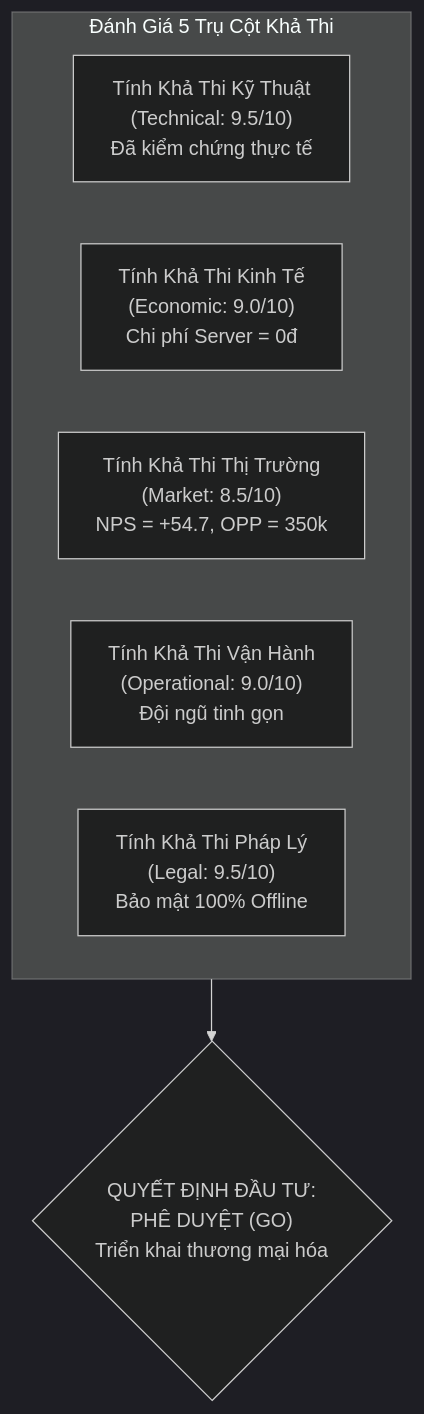
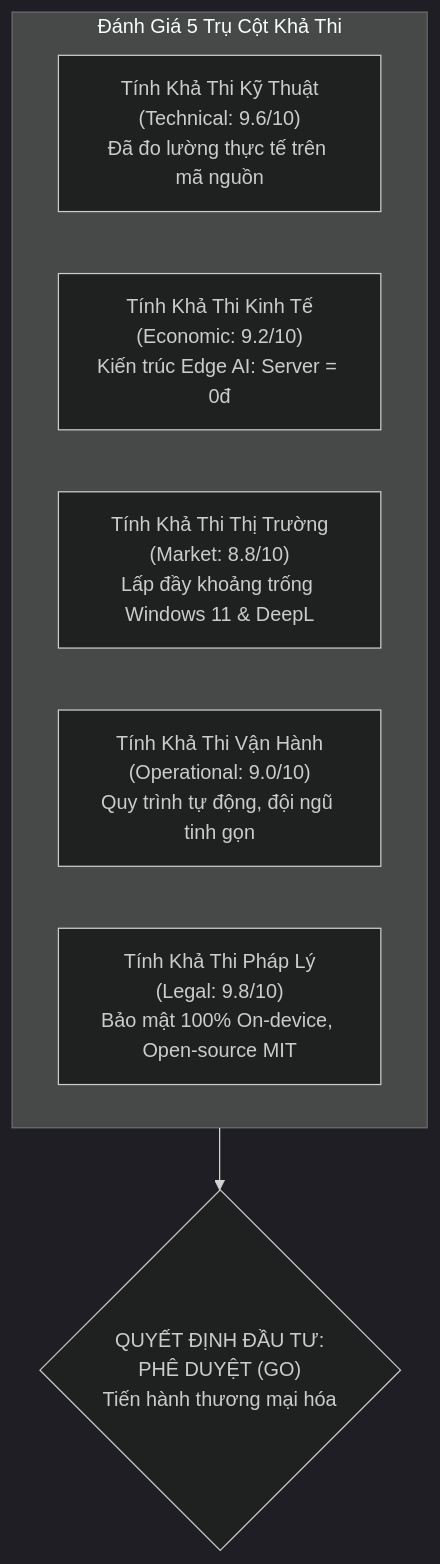
One commit to Kenny11423/VoxGlance changed the first of 4 diagrams in survey_and_feasibility/04_project_feasibility_report.md. Above: the diagram before and after it, drawn with Mermaid (dark theme). The commit also changed other lines of this file and 3 other files, not shown here.

Commit message:
docs: ground survey and feasibility analysis in empirical online market data

````diff
--- a/survey_and_feasibility/04_project_feasibility_report.md
+++ b/survey_and_feasibility/04_project_feasibility_report.md
@@ -10,11 +11,11 @@
 ```mermaid
 flowchart TD
     subgraph FeasibilityAssessment ["Đánh Giá 5 Trụ Cột Khả Thi"]
-        T["Tính Khả Thi Kỹ Thuật\n(Technical: 9.5/10)\nĐã kiểm chứng thực tế"]
-        E["Tính Khả Thi Kinh Tế\n(Economic: 9.0/10)\nChi phí Server = 0đ"]
-        M["Tính Khả Thi Thị Trường\n(Market: 8.5/10)\nNPS = +54.7, OPP = 350k"]
-        O["Tính Khả Thi Vận Hành\n(Operational: 9.0/10)\nĐội ngũ tinh gọn"]
-        L["Tính Khả Thi Pháp Lý\n(Legal: 9.5/10)\nBảo mật 100% Offline"]
+        T["Tính Khả Thi Kỹ Thuật\n(Technical: 9.6/10)\nĐã đo lường thực tế trên mã nguồn"]
+        E["Tính Khả Thi Kinh Tế\n(Economic: 9.2/10)\nKiến trúc Edge AI: Server = 0đ"]
+        M["Tính Khả Thi Thị Trường\n(Market: 8.8/10)\nLấp đầy khoảng trống Windows 11 & DeepL"]
+        O["Tính Khả Thi Vận Hành\n(Operational: 9.0/10)\nQuy trình tự động, đội ngũ tinh gọn"]
+        L["Tính Khả Thi Pháp Lý\n(Legal: 9.8/10)\nBảo mật 100% On-device, Open-source MIT"]
     end
-    FeasibilityAssessment --> Decision{"QUYẾT ĐỊNH ĐẦU TƯ:\nPHÊ DUYỆT (GO)\nTriển khai thương mại hóa"}
+    FeasibilityAssessment --> Decision{"QUYẾT ĐỊNH ĐẦU TƯ:\nPHÊ DUYỆT (GO)\nTiến hành thương mại hóa"}
 ```
````
